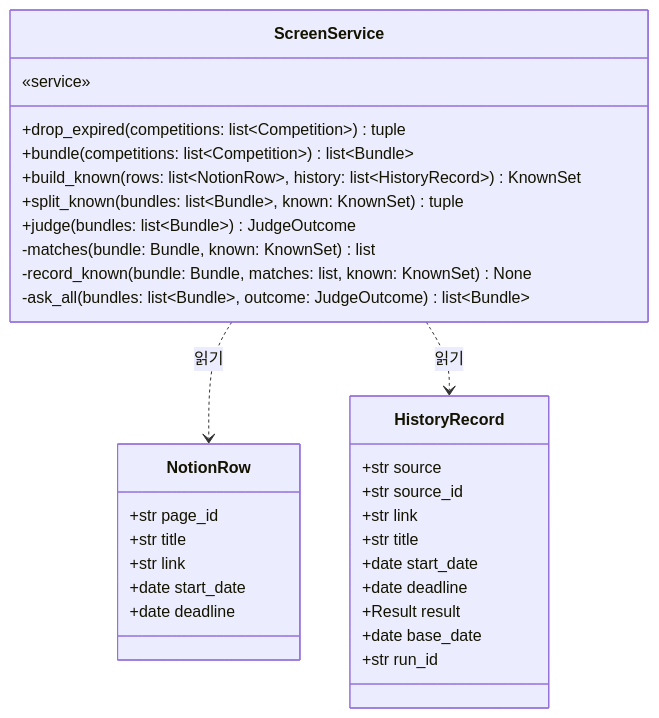
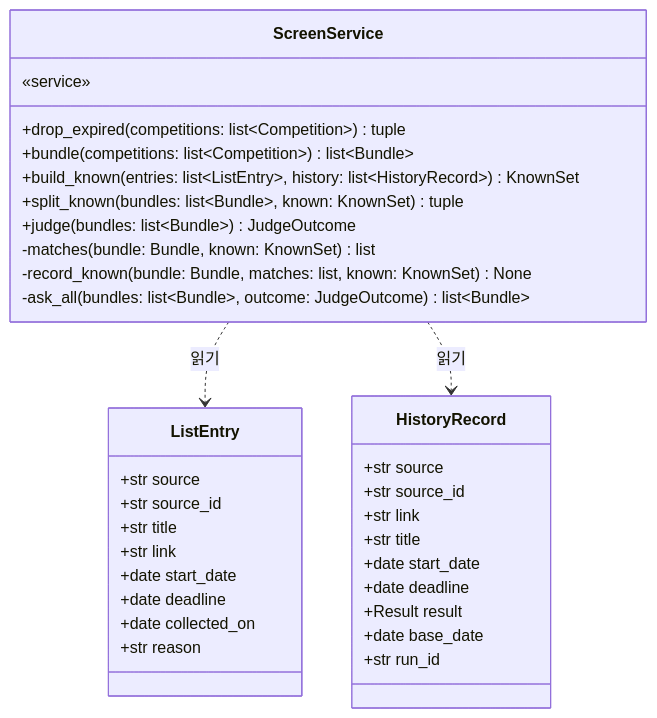
Before and after one commit to HoyoungParkme/competition-crawler: diagram 11 of 18 in docs/specs/06-DOM/CCR-DOM-002.md, drawn with Mermaid. The commit also changed other lines of this file, not shown here.

````diff
--- a/docs/specs/06-DOM/CCR-DOM-002.md
+++ b/docs/specs/06-DOM/CCR-DOM-002.md
@@ -413,34 +528,37 @@
 ```mermaid
 classDiagram
     class ScreenService {
         «service»
         +drop_expired(competitions: list~Competition~) tuple
         +bundle(competitions: list~Competition~) list~Bundle~
-        +build_known(rows: list~NotionRow~, history: list~HistoryRecord~) KnownSet
+        +build_known(entries: list~ListEntry~, history: list~HistoryRecord~) KnownSet
         +split_known(bundles: list~Bundle~, known: KnownSet) tuple
         +judge(bundles: list~Bundle~) JudgeOutcome
         -matches(bundle: Bundle, known: KnownSet) list
         -record_known(bundle: Bundle, matches: list, known: KnownSet) None
         -ask_all(bundles: list~Bundle~, outcome: JudgeOutcome) list~Bundle~
     }
-    class NotionRow {
-        +str page_id
+    class ListEntry {
+        +str source
+        +str source_id
         +str title
         +str link
         +date start_date
         +date deadline
+        +date collected_on
+        +str reason
     }
     class HistoryRecord {
         +str source
         +str source_id
         +str link
         +str title
         +date start_date
         +date deadline
         +Result result
         +date base_date
         +str run_id
     }
-    ScreenService ..> NotionRow : 읽기
+    ScreenService ..> ListEntry : 읽기
     ScreenService ..> HistoryRecord : 읽기
 ```
````
